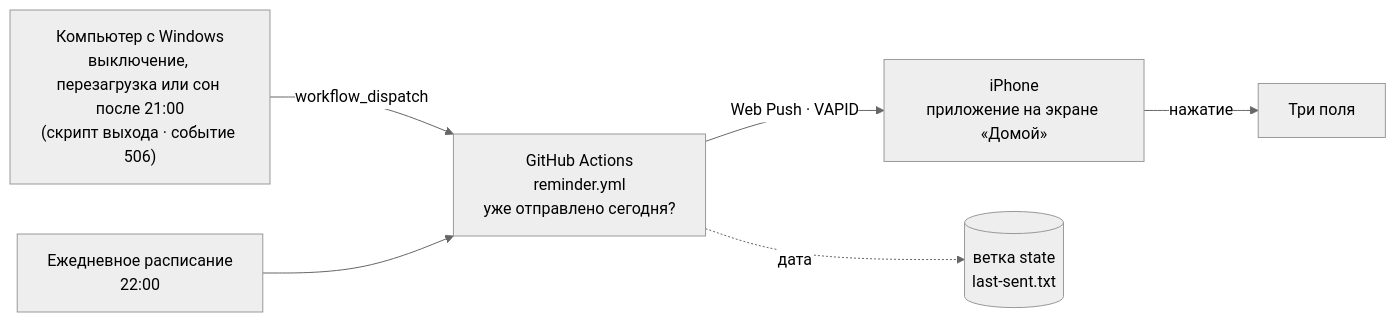
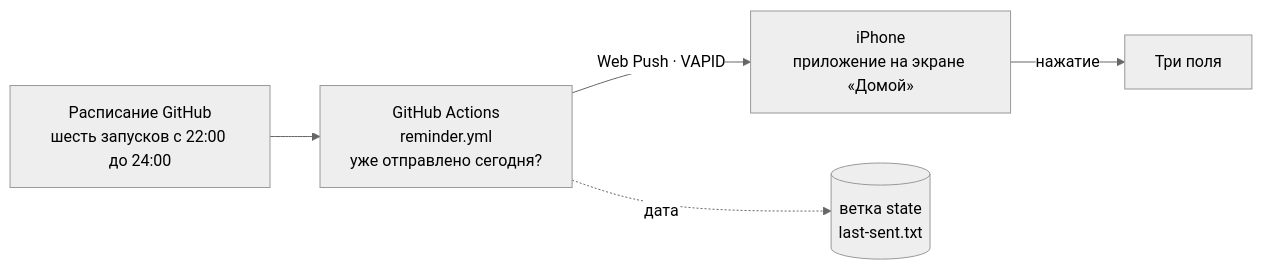
The diagram in README.ru.md (YILDIRIMZX/aksam-notu), drawn with Mermaid (neutral theme) before and after one commit. The commit also changed other lines of this file and 12 other files, not shown here.

````diff
--- a/README.ru.md
+++ b/README.ru.md
@@ -33,8 +33,7 @@
 ```mermaid
 flowchart LR
-  PC["Компьютер с Windows<br/>выключение, перезагрузка или сон после 21:00<br/>(скрипт выхода · событие 506)"] -- "workflow_dispatch" --> GA
-  Cron["Ежедневное расписание<br/>22:00"] --> GA
+  Cron["Расписание GitHub<br/>шесть запусков с 22:00 до 24:00"] --> GA
   GA["GitHub Actions<br/>reminder.yml<br/>уже отправлено сегодня?"] -- "Web Push · VAPID" --> Phone["iPhone<br/>приложение на экране «Домой»"]
   GA -. "дата" .-> State[("ветка state<br/>last-sent.txt")]
   Phone -- "нажатие" --> Note["Три поля"]
 ```
````
